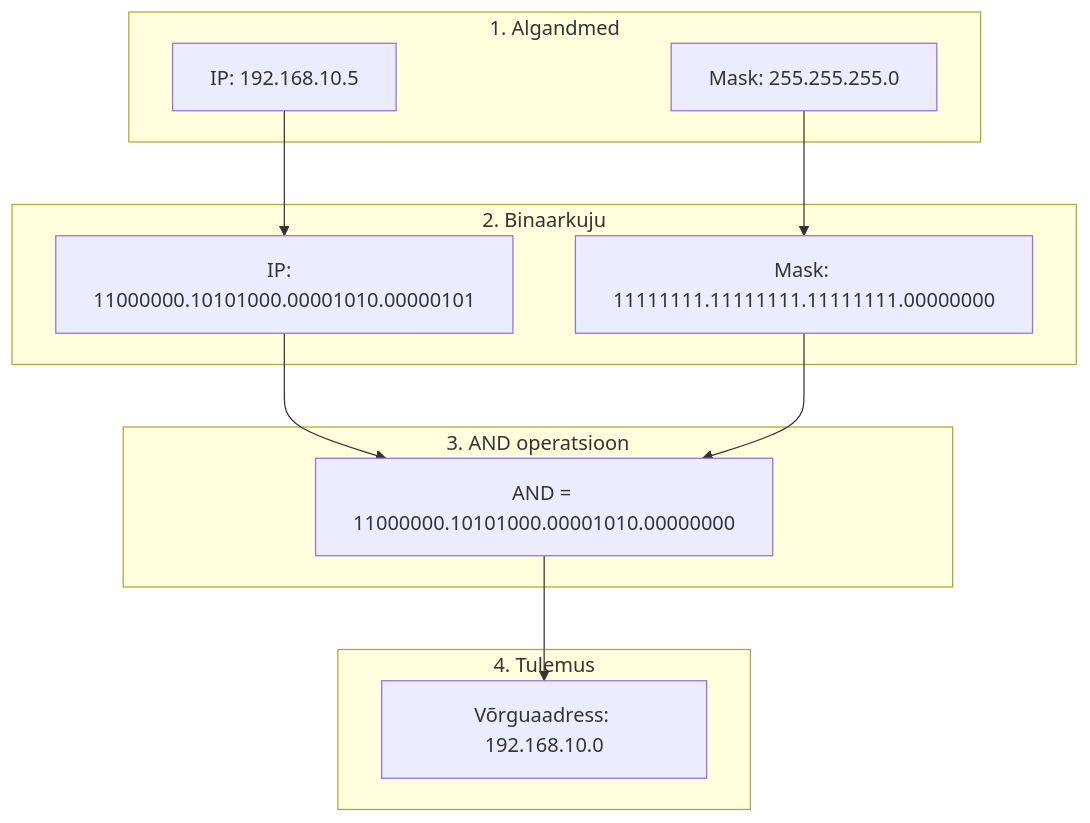
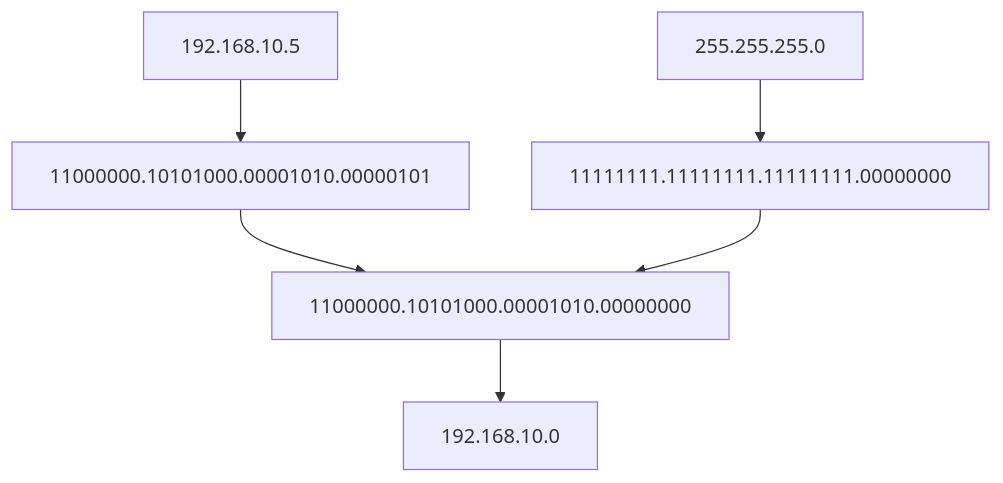
The diagram in Lecture/Teema_9_IP_Klassid_VLSM.md (Haapsalu-Kutsehariduskeskus/av), drawn with Mermaid before and after one commit. The commit also changed 1 other file, not shown here.

Commit message:
Another bug bites the dust

````diff
--- a/Lecture/Teema_9_IP_Klassid_VLSM.md
+++ b/Lecture/Teema_9_IP_Klassid_VLSM.md
@@ -168,26 +168,7 @@
-```mermaid version-8.8.0
+```mermaid
 graph TD
-    subgraph "1. Algandmed"
-        A[IP: 192.168.10.5]
-        B[Mask: 255.255.255.0]
-    end
-    
-    subgraph "2. Binaarkuju"
-        C["IP:  11000000.10101000.00001010.00000101"]
-        D["Mask: 11111111.11111111.11111111.00000000"]
-    end
-    
-    subgraph "3. AND operatsioon"
-        E["AND = 11000000.10101000.00001010.00000000"]
-    end
-    
-    subgraph "4. Tulemus"
-        F[Võrguaadress: 192.168.10.0]
-    end
-    
-    A --> C
-    B --> D
-    C --> E
-    D --> E
-    E --> F
+    A[192.168.10.5] --> C[11000000.10101000.00001010.00000101]
+    B[255.255.255.0] --> D[11111111.11111111.11111111.00000000]
+    C & D --> E[11000000.10101000.00001010.00000000]
+    E --> F[192.168.10.0]
 ```
````
